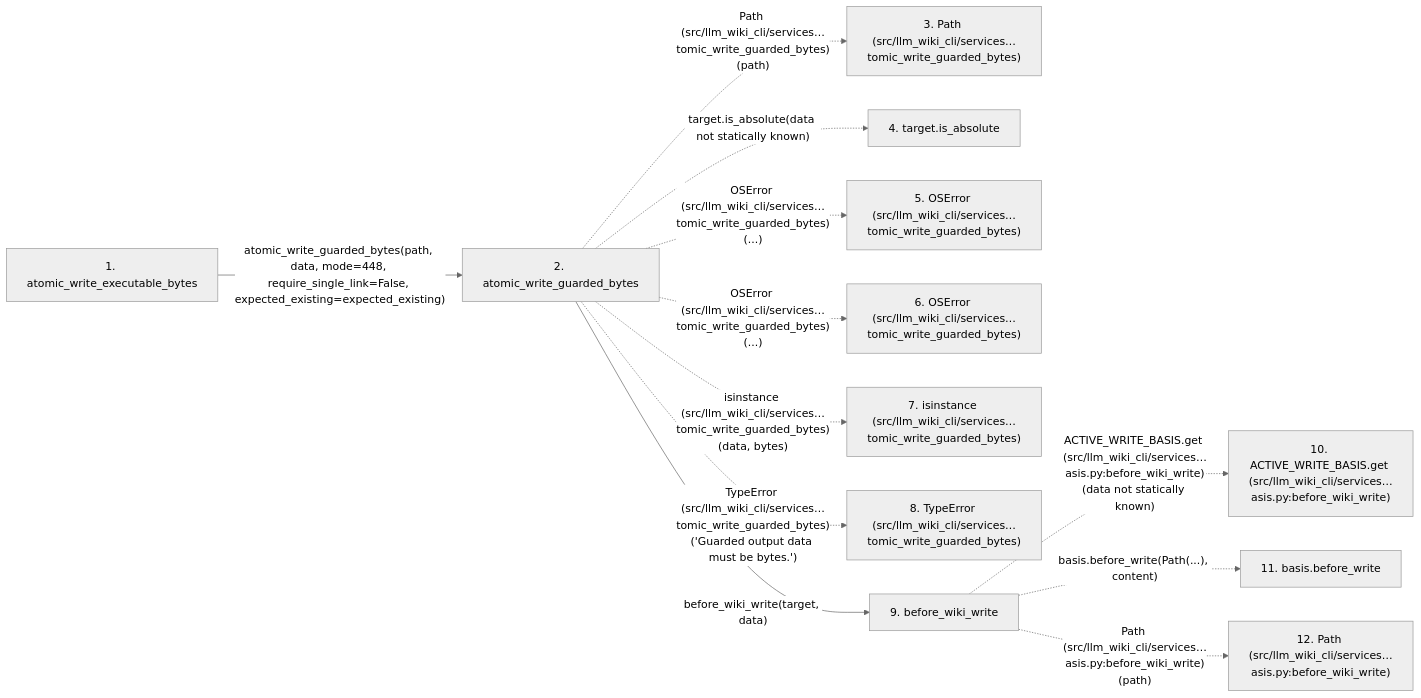
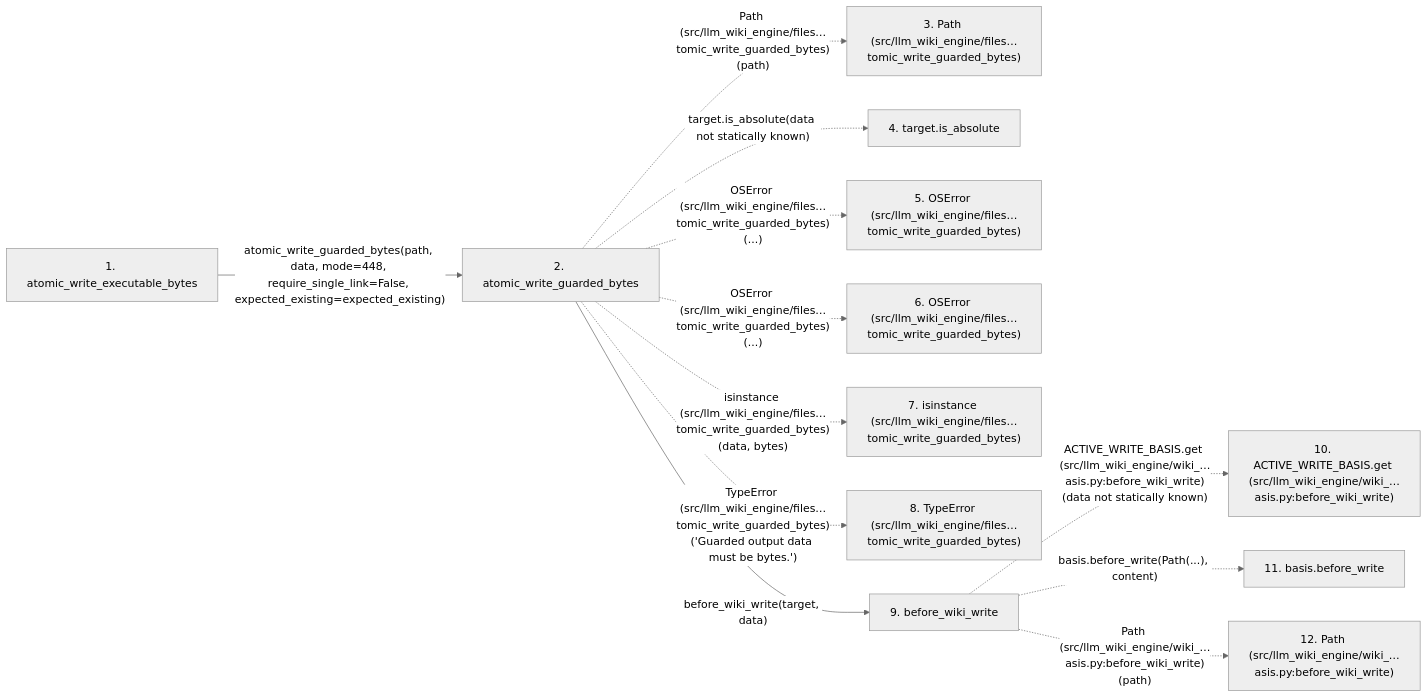
The second of 2 diagrams in docs/llm_wiki/flows/api-atomic_write_executable_bytes.md (Denissvgn/python-wiki-llm), drawn with Mermaid (neutral theme) before and after one commit. The commit also changed other lines of this file and 739 other files, not shown here.

First line of the commit message:
docs: refresh the wiki for the second engine batch

````diff
--- a/docs/llm_wiki/flows/api-atomic_write_executable_bytes.md
+++ b/docs/llm_wiki/flows/api-atomic_write_executable_bytes.md
@@ -129,29 +129,29 @@
 ```mermaid
 flowchart LR
     s1["1. atomic_write_executable_bytes"]
     s2["2. atomic_write_guarded_bytes"]
-    s3["3. Path (src/llm_wiki_cli/services…tomic_write_guarded_bytes)"]
+    s3["3. Path (src/llm_wiki_engine/files…tomic_write_guarded_bytes)"]
     s4["4. target.is_absolute"]
-    s5["5. OSError (src/llm_wiki_cli/services…tomic_write_guarded_bytes)"]
-    s6["6. OSError (src/llm_wiki_cli/services…tomic_write_guarded_bytes)"]
-    s7["7. isinstance (src/llm_wiki_cli/services…tomic_write_guarded_bytes)"]
-    s8["8. TypeError (src/llm_wiki_cli/services…tomic_write_guarded_bytes)"]
+    s5["5. OSError (src/llm_wiki_engine/files…tomic_write_guarded_bytes)"]
+    s6["6. OSError (src/llm_wiki_engine/files…tomic_write_guarded_bytes)"]
+    s7["7. isinstance (src/llm_wiki_engine/files…tomic_write_guarded_bytes)"]
+    s8["8. TypeError (src/llm_wiki_engine/files…tomic_write_guarded_bytes)"]
     s9["9. before_wiki_write"]
-    s10["10. ACTIVE_WRITE_BASIS.get (src/llm_wiki_cli/services…asis.py:before_wiki_write)"]
+    s10["10. ACTIVE_WRITE_BASIS.get (src/llm_wiki_engine/wiki_…asis.py:before_wiki_write)"]
     s11["11. basis.before_write"]
-    s12["12. Path (src/llm_wiki_cli/services…asis.py:before_wiki_write)"]
+    s12["12. Path (src/llm_wiki_engine/wiki_…asis.py:before_wiki_write)"]
     s1 -->|"atomic_write_guarded_bytes(path, data, mode=448, require_single_link=False, expected_existing=expected_existing)"| s2
-    s2 -. "Path (src/llm_wiki_cli/services…tomic_write_guarded_bytes)(path)" .-> s3
+    s2 -. "Path (src/llm_wiki_engine/files…tomic_write_guarded_bytes)(path)" .-> s3
     s2 -. "target.is_absolute(data not statically known)" .-> s4
-    s2 -. "OSError (src/llm_wiki_cli/services…tomic_write_guarded_bytes)(...)" .-> s5
-    s2 -. "OSError (src/llm_wiki_cli/services…tomic_write_guarded_bytes)(...)" .-> s6
-    s2 -. "isinstance (src/llm_wiki_cli/services…tomic_write_guarded_bytes)(data, bytes)" .-> s7
-    s2 -. "TypeError (src/llm_wiki_cli/services…tomic_write_guarded_bytes)('Guarded output data must be bytes.')" .-> s8
+    s2 -. "OSError (src/llm_wiki_engine/files…tomic_write_guarded_bytes)(...)" .-> s5
+    s2 -. "OSError (src/llm_wiki_engine/files…tomic_write_guarded_bytes)(...)" .-> s6
+    s2 -. "isinstance (src/llm_wiki_engine/files…tomic_write_guarded_bytes)(data, bytes)" .-> s7
+    s2 -. "TypeError (src/llm_wiki_engine/files…tomic_write_guarded_bytes)('Guarded output data must be bytes.')" .-> s8
     s2 -->|"before_wiki_write(target, data)"| s9
-    s9 -. "ACTIVE_WRITE_BASIS.get (src/llm_wiki_cli/services…asis.py:before_wiki_write)(data not statically known)" .-> s10
+    s9 -. "ACTIVE_WRITE_BASIS.get (src/llm_wiki_engine/wiki_…asis.py:before_wiki_write)(data not statically known)" .-> s10
     s9 -. "basis.before_write(Path(...), content)" .-> s11
-    s9 -. "Path (src/llm_wiki_cli/services…asis.py:before_wiki_write)(path)" .-> s12
+    s9 -. "Path (src/llm_wiki_engine/wiki_…asis.py:before_wiki_write)(path)" .-> s12
     click s1 "../modules/filesystem_guard.md"
     click s2 "../modules/filesystem_guard.md"
     click s9 "../modules/wiki_write_basis.md"
 ```
````
